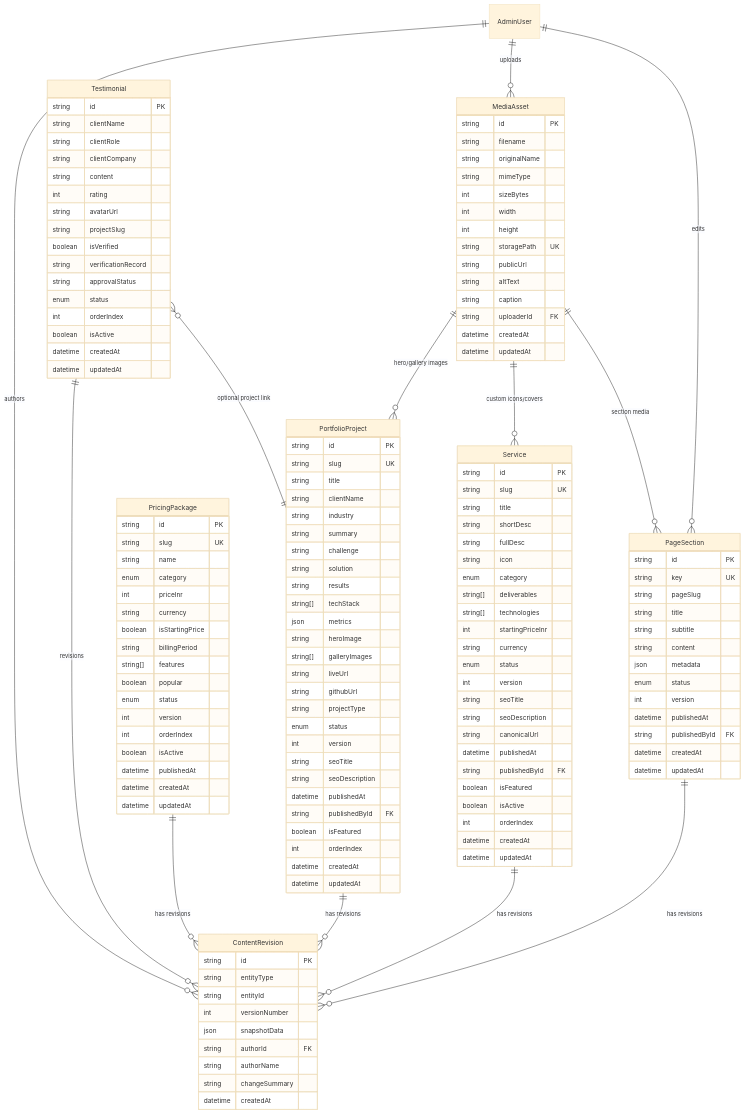
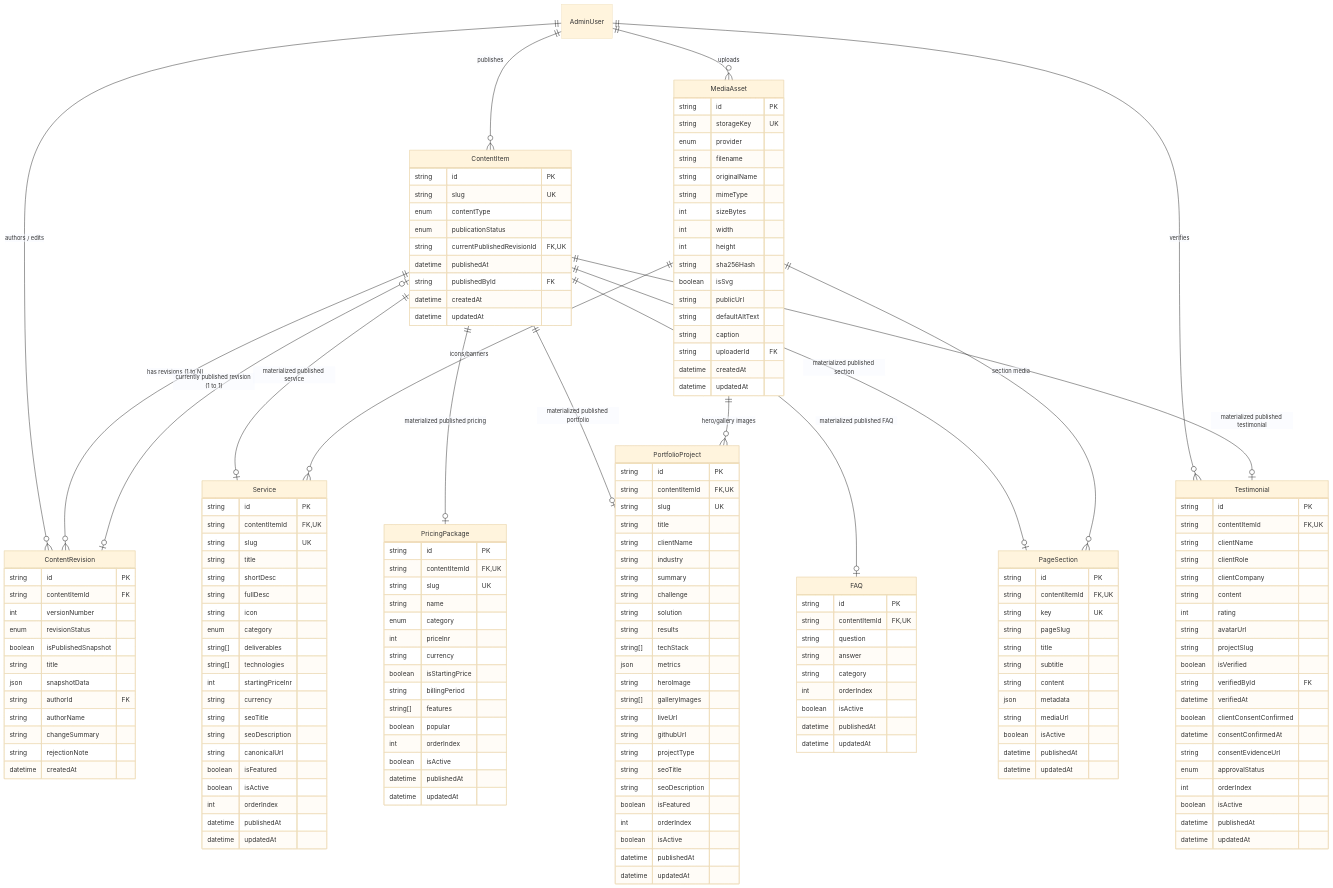
The diagram in docs/architecture/CMS_DATABASE_DESIGN.md (void-tech-shiv/Voidtechsolution), drawn with Mermaid (base theme) before and after one commit. The commit also changed other lines of this file and 10 other files, not shown here.

Commit message:
docs(phase-10.0.1): complete CMS architecture refinement and design freeze

````diff
--- a/docs/architecture/CMS_DATABASE_DESIGN.md
+++ b/docs/architecture/CMS_DATABASE_DESIGN.md
@@ -24,23 +25,54 @@
 ```mermaid
 erDiagram
-    AdminUser ||--o{ ContentRevision : "authors"
+    AdminUser ||--o{ ContentRevision : "authors / edits"
+    AdminUser ||--o{ ContentItem : "publishes"
+    AdminUser ||--o{ Testimonial : "verifies"
     AdminUser ||--o{ MediaAsset : "uploads"
-    AdminUser ||--o{ PageSection : "edits"
 
-    Service ||--o{ ContentRevision : "has revisions"
-    PricingPackage ||--o{ ContentRevision : "has revisions"
-    PortfolioProject ||--o{ ContentRevision : "has revisions"
-    PageSection ||--o{ ContentRevision : "has revisions"
+    ContentItem ||--o{ ContentRevision : "has revisions (1 to N)"
+    ContentItem |o--o| ContentRevision : "currently published revision (1 to 1)"
+    
+    ContentItem ||--o| Service : "materialized published service"
+    ContentItem ||--o| PricingPackage : "materialized published pricing"
+    ContentItem ||--o| PortfolioProject : "materialized published portfolio"
+    ContentItem ||--o| FAQ : "materialized published FAQ"
+    ContentItem ||--o| PageSection : "materialized published section"
+    ContentItem ||--o| Testimonial : "materialized published testimonial"
 
     MediaAsset ||--o{ PortfolioProject : "hero/gallery images"
-    MediaAsset ||--o{ Service : "custom icons/covers"
+    MediaAsset ||--o{ Service : "icons/banners"
     MediaAsset ||--o{ PageSection : "section media"
 
-    Testimonial ||--o{ ContentRevision : "revisions"
-    Testimonial }o--|| PortfolioProject : "optional project link"
+    ContentItem {
+        string id PK
+        string slug UK
+        enum contentType
+        enum publicationStatus
+        string currentPublishedRevisionId FK, UK
+        datetime publishedAt
+        string publishedById FK
+        datetime createdAt
+        datetime updatedAt
+    }
+
+    ContentRevision {
+        string id PK
+        string contentItemId FK
+        int versionNumber
+        enum revisionStatus
+        boolean isPublishedSnapshot
+        string title
+        json snapshotData
+        string authorId FK
+        string authorName
+        string changeSummary
+        string rejectionNote
+        datetime createdAt
+    }
 
     Service {
         string id PK
+        string contentItemId FK, UK
         string slug UK
         string title
         string shortDesc
@@ -51,22 +83,19 @@
         string[] technologies
         int startingPriceInr
         string currency
-        enum status
-        int version
         string seoTitle
         string seoDescription
         string canonicalUrl
-        datetime publishedAt
-        string publishedById FK
         boolean isFeatured
         boolean isActive
         int orderIndex
-        datetime createdAt
+        datetime publishedAt
         datetime updatedAt
     }
 
     PricingPackage {
         string id PK
+        string contentItemId FK, UK
         string slug UK
         string name
         enum category
@@ -76,17 +105,15 @@
         string billingPeriod
         string[] features
         boolean popular
-        enum status
-        int version
         int orderIndex
         boolean isActive
         datetime publishedAt
-        datetime createdAt
         datetime updatedAt
     }
 
     PortfolioProject {
         string id PK
+        string contentItemId FK, UK
         string slug UK
         string title
         string clientName
@@ -102,36 +129,45 @@
         string liveUrl
         string githubUrl
         string projectType
-        enum status
-        int version
         string seoTitle
         string seoDescription
-        datetime publishedAt
-        string publishedById FK
         boolean isFeatured
         int orderIndex
-        datetime createdAt
+        boolean isActive
+        datetime publishedAt
+        datetime updatedAt
+    }
+
+    FAQ {
+        string id PK
+        string contentItemId FK, UK
+        string question
+        string answer
+        string category
+        int orderIndex
+        boolean isActive
+        datetime publishedAt
         datetime updatedAt
     }
 
     PageSection {
         string id PK
+        string contentItemId FK, UK
         string key UK
         string pageSlug
         string title
         string subtitle
         string content
         json metadata
-        enum status
-        int version
+        string mediaUrl
+        boolean isActive
         datetime publishedAt
-        string publishedById FK
-        datetime createdAt
         datetime updatedAt
     }
 
     Testimonial {
         string id PK
+        string contentItemId FK, UK
         string clientName
         string clientRole
         string clientCompany
@@ -140,38 +176,32 @@
         string avatarUrl
         string projectSlug
         boolean isVerified
-        string verificationRecord
-        string approvalStatus
-        enum status
+        string verifiedById FK
+        datetime verifiedAt
+        boolean clientConsentConfirmed
+        datetime consentConfirmedAt
+        string consentEvidenceUrl
+        enum approvalStatus
         int orderIndex
         boolean isActive
-        datetime createdAt
+        datetime publishedAt
         datetime updatedAt
-    }
-
-    ContentRevision {
-        string id PK
-        string entityType
-        string entityId
-        int versionNumber
-        json snapshotData
-        string authorId FK
-        string authorName
-        string changeSummary
-        datetime createdAt
     }
 
     MediaAsset {
         string id PK
+        string storageKey UK
+        enum provider
         string filename
         string originalName
         string mimeType
         int sizeBytes
         int width
         int height
-        string storagePath UK
+        string sha256Hash
+        boolean isSvg
         string publicUrl
-        string altText
+        string defaultAltText
         string caption
         string uploaderId FK
         datetime createdAt
````
